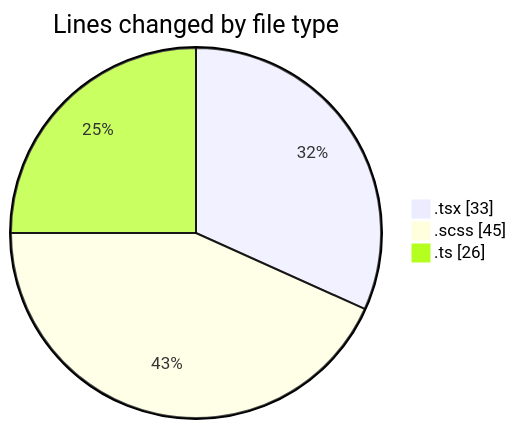
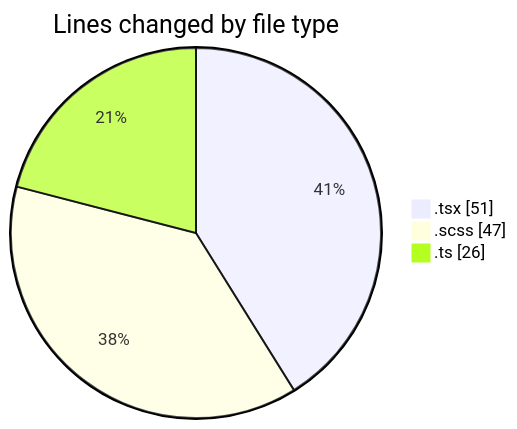
One commit to momahboobian/code-tracking changed the first of 2 diagrams in 2025-04-09/cda/README.md. Above: the diagram before and after it, drawn with Mermaid. The commit also changed other lines of this file and 1 other file, not shown here.

````diff
--- a/2025-04-09/cda/README.md
+++ b/2025-04-09/cda/README.md
@@ -23,7 +23,7 @@
 ```mermaid
 pie showData
 title Lines changed by file type
-".tsx" : 33
-".scss" : 45
+".tsx" : 51
+".scss" : 47
 ".ts" : 26
 ```
````
